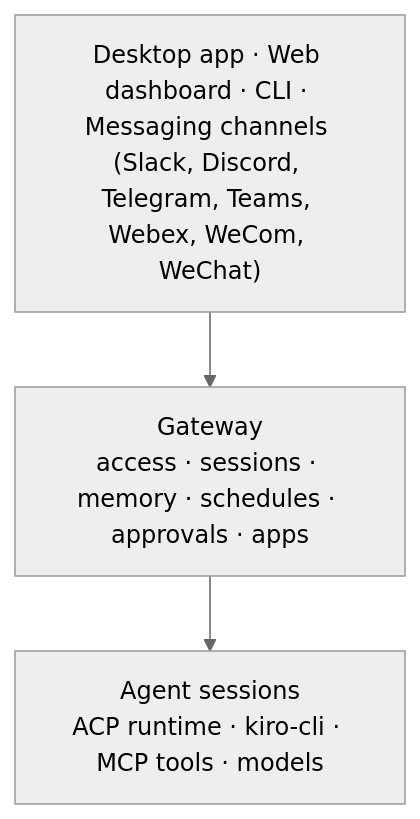
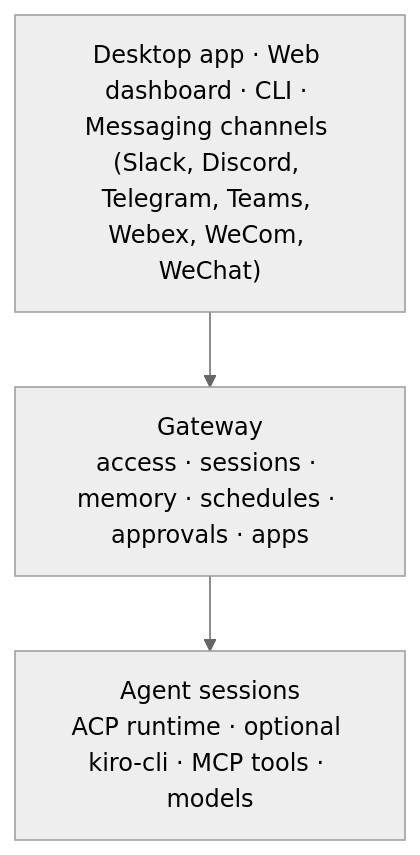
One commit to laqaer/acpcrew changed the diagram in README.md. Above: the diagram before and after it, drawn with Mermaid (neutral theme). The commit also changed other lines of this file and 67 other files, not shown here.

````diff
--- a/README.md
+++ b/README.md
@@ -277,7 +266,7 @@
 ```mermaid
 flowchart TD
     S["Desktop app · Web dashboard · CLI · Messaging channels (Slack, Discord, Telegram, Teams, Webex, WeCom, WeChat)"]
     G["Gateway<br/>access · sessions · memory · schedules · approvals · apps"]
-    A["Agent sessions<br/>ACP runtime · kiro-cli · MCP tools · models"]
+    A["Agent sessions<br/>ACP runtime · optional kiro-cli · MCP tools · models"]
     S --> G --> A
 ```
````
